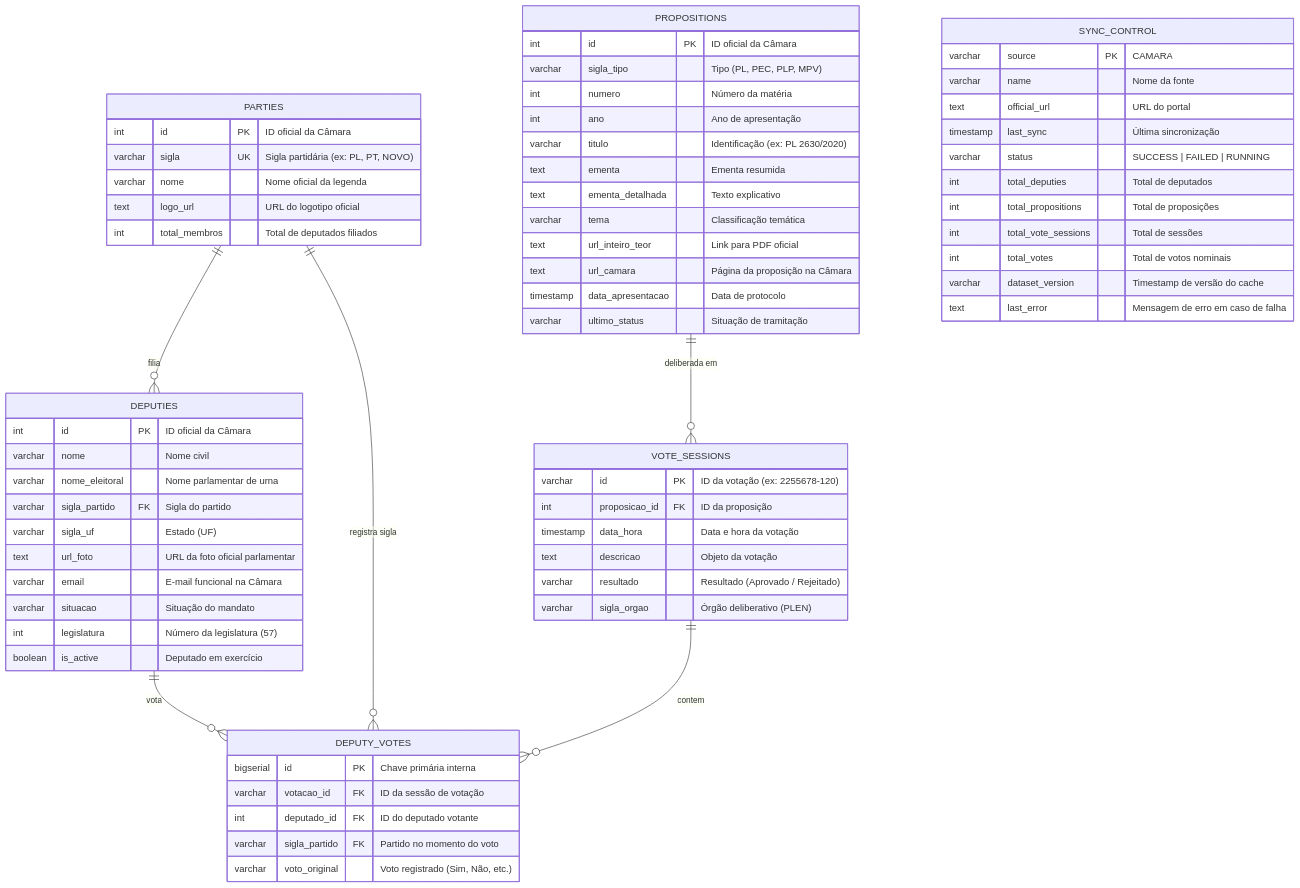
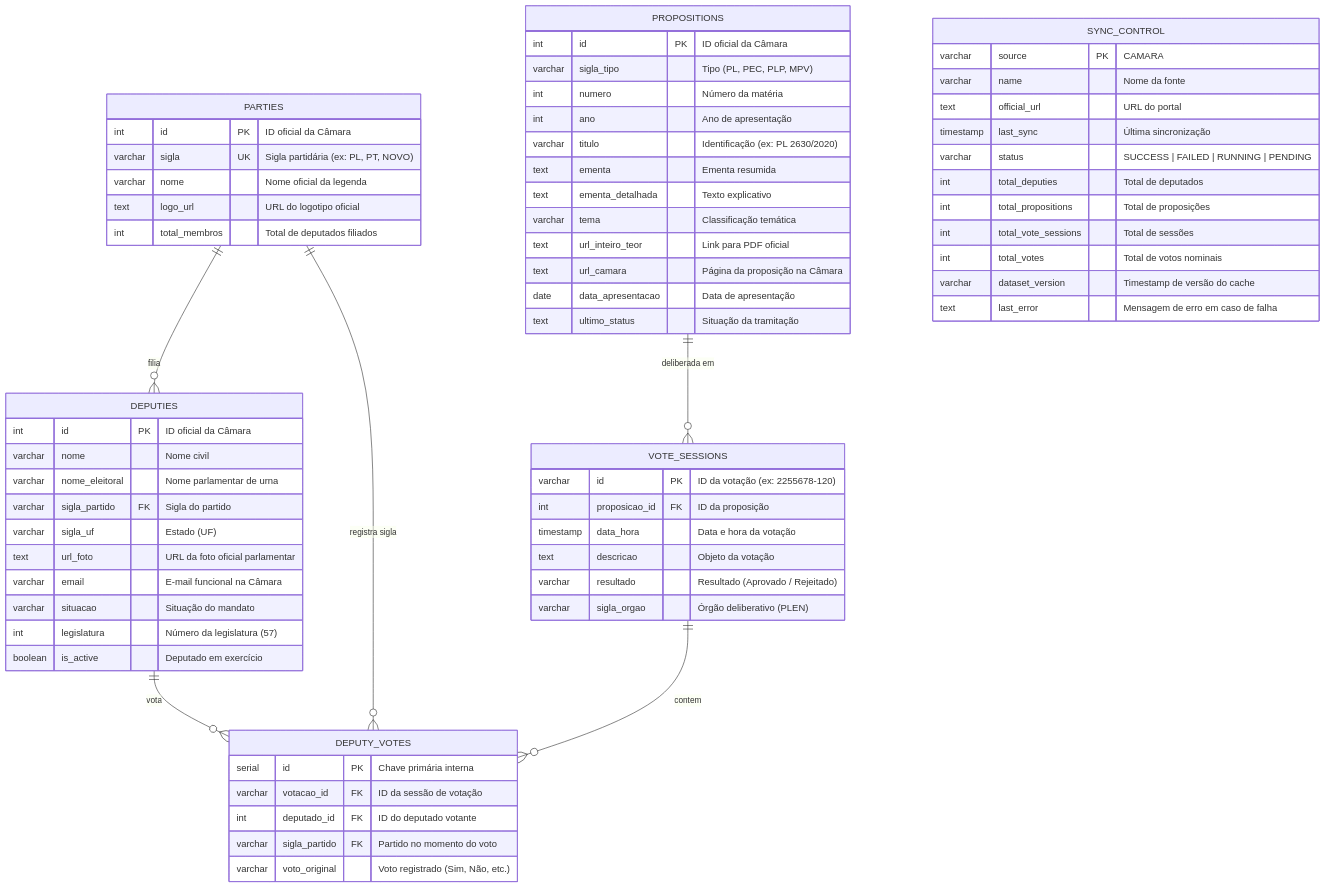
One commit to didifive/legisvisao changed the third of 3 diagrams in README.md. Above: the diagram before and after it, drawn with Mermaid. The commit also changed other lines of this file, not shown here.

Commit message:
docs: update README with project architecture, AI-assisted development context, and schema documentation refinements.

````diff
--- a/README.md
+++ b/README.md
@@ -103,75 +103,75 @@
 ```mermaid
 erDiagram
     PARTIES ||--o{ DEPUTIES : "filia"
     PARTIES ||--o{ DEPUTY_VOTES : "registra sigla"
     PROPOSITIONS ||--o{ VOTE_SESSIONS : "deliberada em"
     VOTE_SESSIONS ||--o{ DEPUTY_VOTES : "contem"
     DEPUTIES ||--o{ DEPUTY_VOTES : "vota"
 
     PARTIES {
         int id PK "ID oficial da Câmara"
         varchar sigla UK "Sigla partidária (ex: PL, PT, NOVO)"
         varchar nome "Nome oficial da legenda"
         text logo_url "URL do logotipo oficial"
         int total_membros "Total de deputados filiados"
     }
 
     DEPUTIES {
         int id PK "ID oficial da Câmara"
         varchar nome "Nome civil"
         varchar nome_eleitoral "Nome parlamentar de urna"
         varchar sigla_partido FK "Sigla do partido"
         varchar sigla_uf "Estado (UF)"
         text url_foto "URL da foto oficial parlamentar"
         varchar email "E-mail funcional na Câmara"
         varchar situacao "Situação do mandato"
         int legislatura "Número da legislatura (57)"
         boolean is_active "Deputado em exercício"
     }
 
     PROPOSITIONS {
         int id PK "ID oficial da Câmara"
         varchar sigla_tipo "Tipo (PL, PEC, PLP, MPV)"
         int numero "Número da matéria"
         int ano "Ano de apresentação"
         varchar titulo "Identificação (ex: PL 2630/2020)"
         text ementa "Ementa resumida"
         text ementa_detalhada "Texto explicativo"
         varchar tema "Classificação temática"
         text url_inteiro_teor "Link para PDF oficial"
         text url_camara "Página da proposição na Câmara"
-        timestamp data_apresentacao "Data de protocolo"
-        varchar ultimo_status "Situação de tramitação"
+        date data_apresentacao "Data de apresentação"
+        text ultimo_status "Situação da tramitação"
     }
 
     VOTE_SESSIONS {
         varchar id PK "ID da votação (ex: 2255678-120)"
         int proposicao_id FK "ID da proposição"
         timestamp data_hora "Data e hora da votação"
         text descricao "Objeto da votação"
         varchar resultado "Resultado (Aprovado / Rejeitado)"
         varchar sigla_orgao "Órgão deliberativo (PLEN)"
     }
 
     DEPUTY_VOTES {
-        bigserial id PK "Chave primária interna"
+        serial id PK "Chave primária interna"
         varchar votacao_id FK "ID da sessão de votação"
         int deputado_id FK "ID do deputado votante"
         varchar sigla_partido FK "Partido no momento do voto"
         varchar voto_original "Voto registrado (Sim, Não, etc.)"
     }
 
     SYNC_CONTROL {
         varchar source PK "CAMARA"
         varchar name "Nome da fonte"
         text official_url "URL do portal"
         timestamp last_sync "Última sincronização"
-        varchar status "SUCCESS | FAILED | RUNNING"
+        varchar status "SUCCESS | FAILED | RUNNING | PENDING"
         int total_deputies "Total de deputados"
         int total_propositions "Total de proposições"
         int total_vote_sessions "Total de sessões"
         int total_votes "Total de votos nominais"
         varchar dataset_version "Timestamp de versão do cache"
         text last_error "Mensagem de erro em caso de falha"
     }
 ```
````
